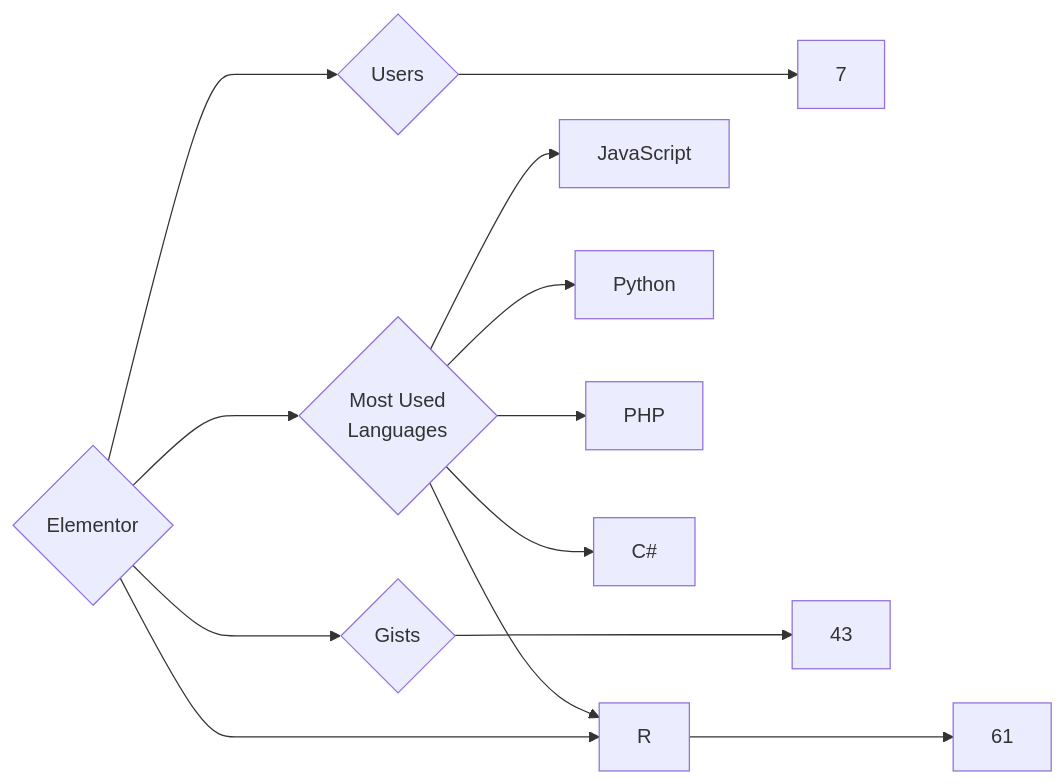
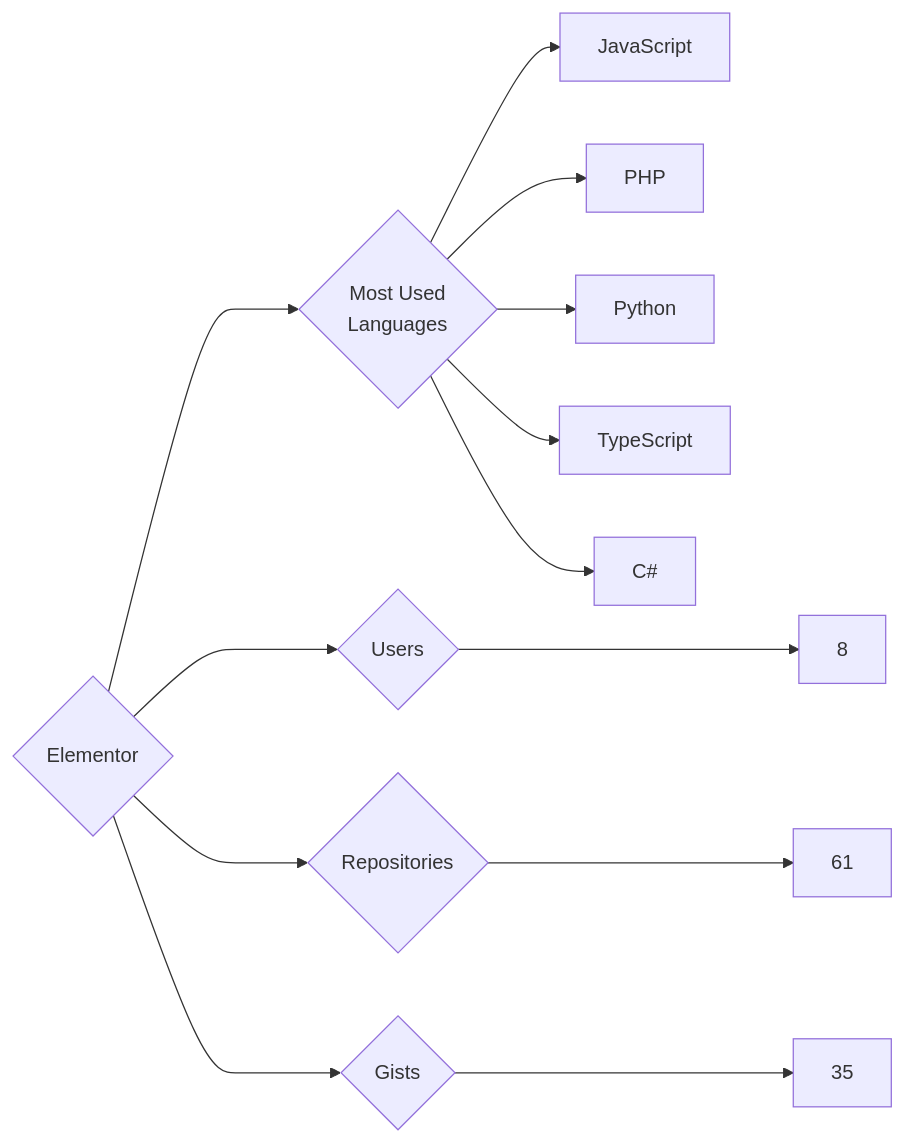
Before and after one commit to trickest/insiders: the diagram in targets/Elementor/README.md, drawn with Mermaid. The commit also changed 914 other files, not shown here.

````diff
--- a/targets/Elementor/README.md
+++ b/targets/Elementor/README.md
@@ -3,13 +3,13 @@
 ```mermaid
 graph LR
 COMPANY_NAME{Elementor}
-COMPANY_NAME ---> U{Users} ---> UN[7]
+COMPANY_NAME ---> U{Users} ---> UN[8]
 COMPANY_NAME ---> R{Repositories} ---> RN[61]
-COMPANY_NAME ---> G{Gists} ---> GN[43]
+COMPANY_NAME ---> G{Gists} ---> GN[35]
 COMPANY_NAME ---> ML{Most Used<br>Languages}
 ML --> JavaScript[JavaScript]
-ML --> R[R]
+ML --> PHP[PHP]
 ML --> Python[Python]
-ML --> PHP[PHP]
+ML --> TypeScript[TypeScript]
 ML --> C#[C#]
 ```
````
